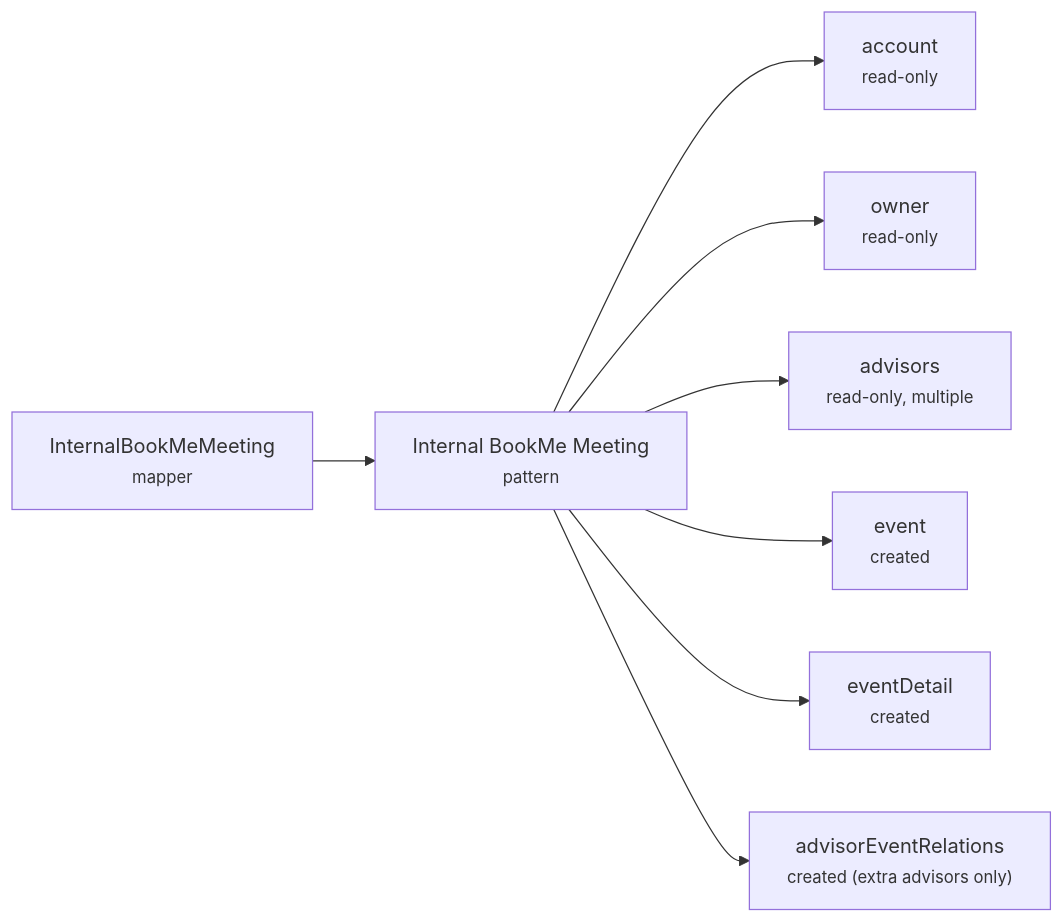
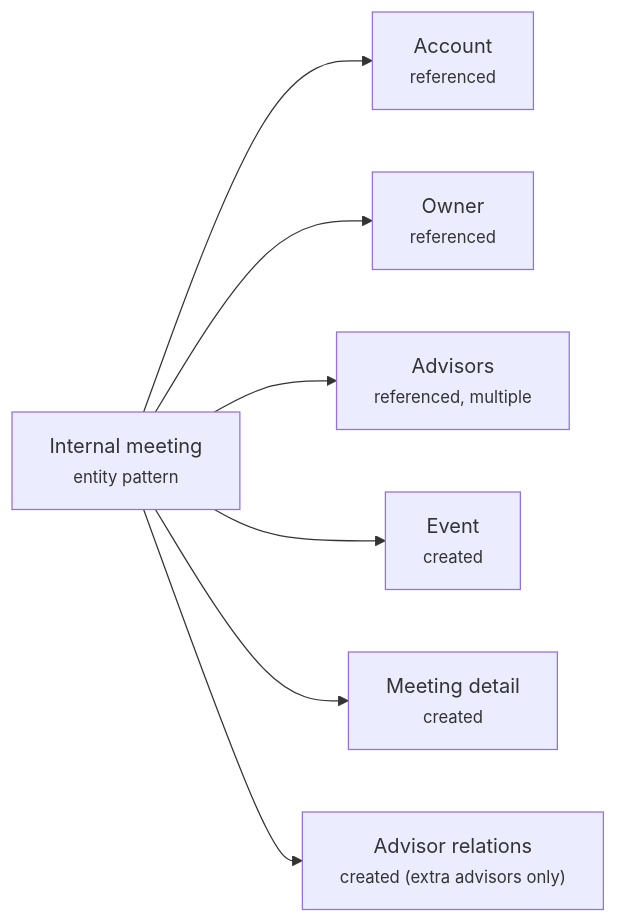
Before and after one commit to andmoneyaps/docs: the diagram in _bookme/meeting-creation/entity-patterns.md, drawn with Mermaid. The commit also changed other lines of this file and 7 other files, not shown here.

First line of the commit message:
docs(bookme): rewrite meeting-creation section for end-user concepts only

````diff
--- a/_bookme/meeting-creation/entity-patterns.md
+++ b/_bookme/meeting-creation/entity-patterns.md
@@ -45,10 +36,10 @@
 ```mermaid
 graph LR
-    M["InternalBookMeMeeting<br/><small>mapper</small>"] --> P["Internal BookMe Meeting<br/><small>pattern</small>"]
-    P --> A["account<br/><small>read-only</small>"]
-    P --> O["owner<br/><small>read-only</small>"]
-    P --> AD["advisors<br/><small>read-only, multiple</small>"]
-    P --> E["event<br/><small>created</small>"]
-    P --> ED["eventDetail<br/><small>created</small>"]
-    P --> AER["advisorEventRelations<br/><small>created (extra advisors only)</small>"]
+    P["Internal meeting<br/><small>entity pattern</small>"]
+    P --> A["Account<br/><small>referenced</small>"]
+    P --> O["Owner<br/><small>referenced</small>"]
+    P --> AD["Advisors<br/><small>referenced, multiple</small>"]
+    P --> E["Event<br/><small>created</small>"]
+    P --> ED["Meeting detail<br/><small>created</small>"]
+    P --> AER["Advisor relations<br/><small>created (extra advisors only)</small>"]
 ```
````
